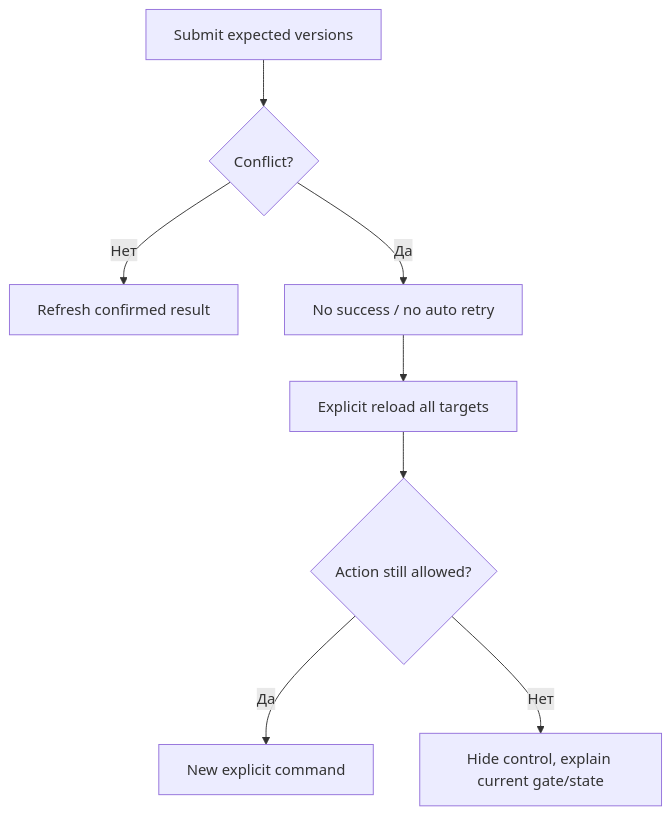
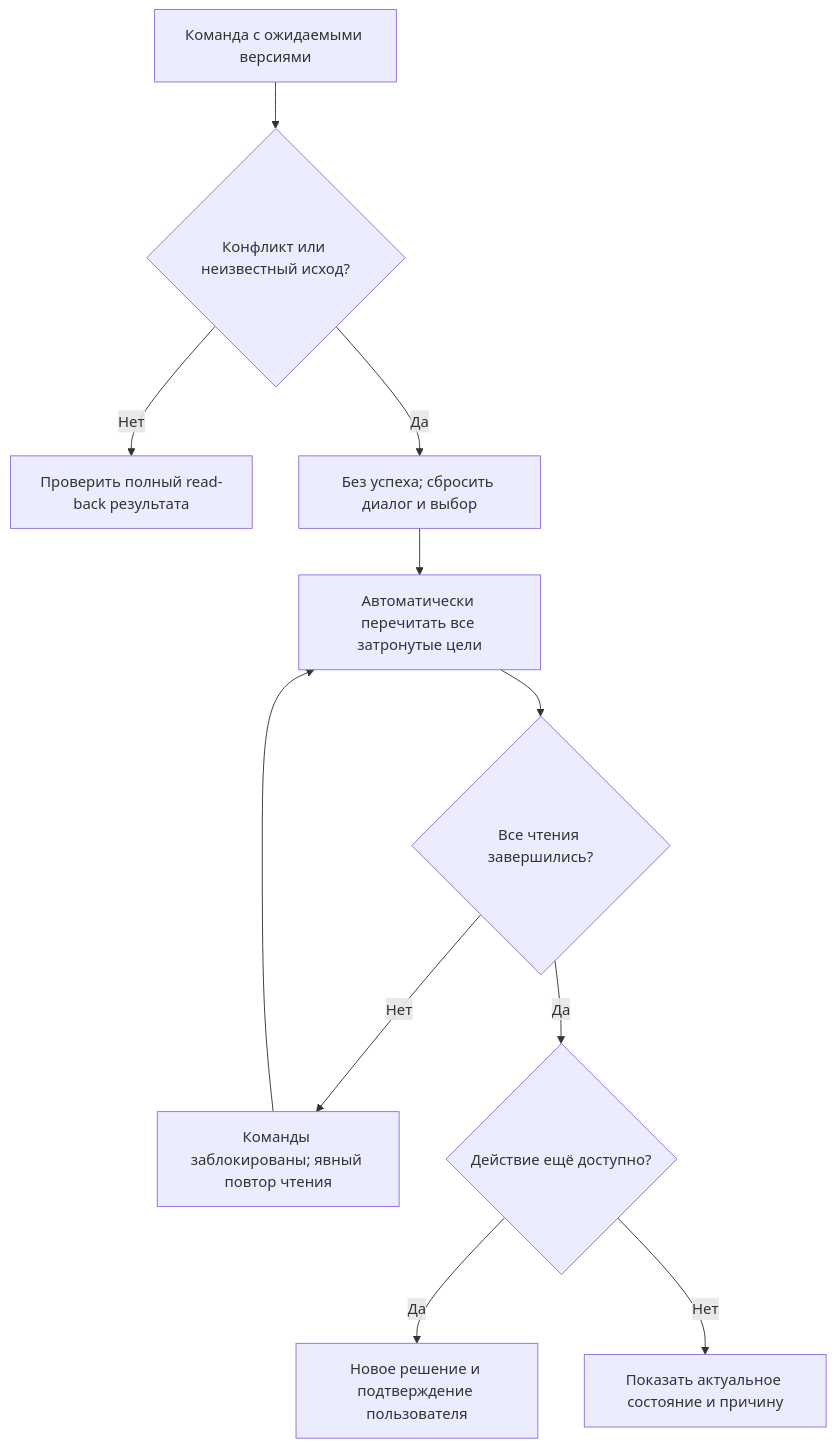
Before and after one commit to AI-shoks/WorkCard-Lifecycle: the third of 3 diagrams in WorkCard-Lifecycle/docs/ux/user-flows.md, drawn with Mermaid. The commit also changed other lines of this file and 59 other files, not shown here.

````diff
--- a/WorkCard-Lifecycle/docs/ux/user-flows.md
+++ b/WorkCard-Lifecycle/docs/ux/user-flows.md
@@ -136,10 +139,13 @@
 ```mermaid
 flowchart TD
-    submit["Submit expected versions"] --> conflict{"Conflict?"}
-    conflict -->|Нет| success["Refresh confirmed result"]
-    conflict -->|Да| preserve["No success / no auto retry"]
-    preserve --> reload["Explicit reload all targets"]
-    reload --> allowed{"Action still allowed?"}
-    allowed -->|Да| confirm["New explicit command"]
-    allowed -->|Нет| explain["Hide control, explain current gate/state"]
+    submit["Команда с ожидаемыми версиями"] --> conflict{"Конфликт или неизвестный исход?"}
+    conflict -->|Нет| success["Проверить полный read-back результата"]
+    conflict -->|Да| preserve["Без успеха; сбросить диалог и выбор"]
+    preserve --> reload["Автоматически перечитать все затронутые цели"]
+    reload --> complete{"Все чтения завершились?"}
+    complete -->|Нет| retry["Команды заблокированы; явный повтор чтения"]
+    retry --> reload
+    complete -->|Да| allowed{"Действие ещё доступно?"}
+    allowed -->|Да| confirm["Новое решение и подтверждение пользователя"]
+    allowed -->|Нет| explain["Показать актуальное состояние и причину"]
 ```
````
